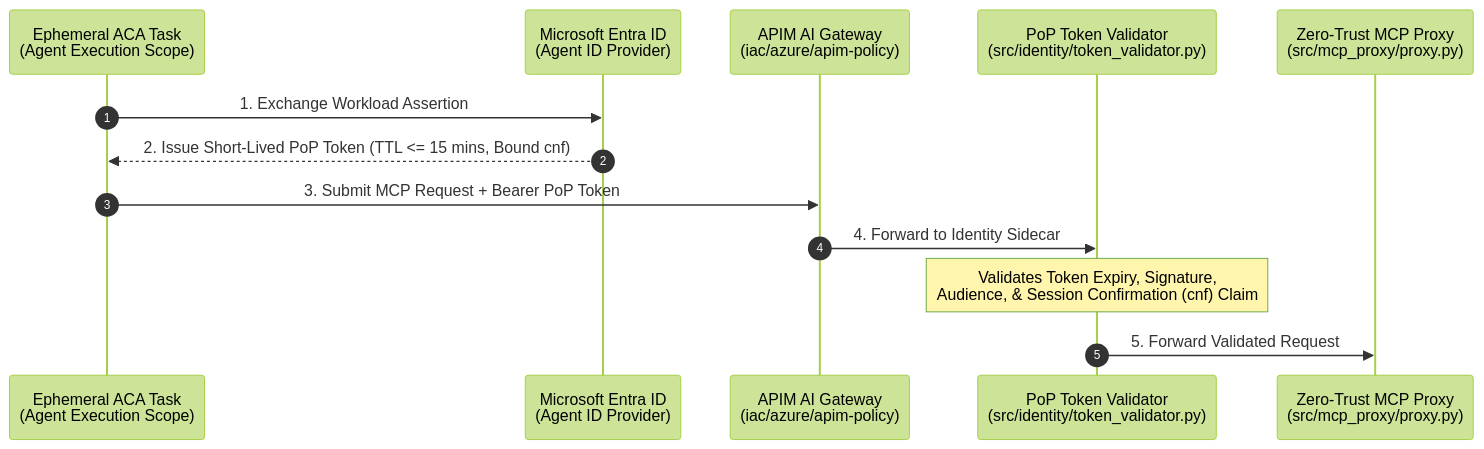
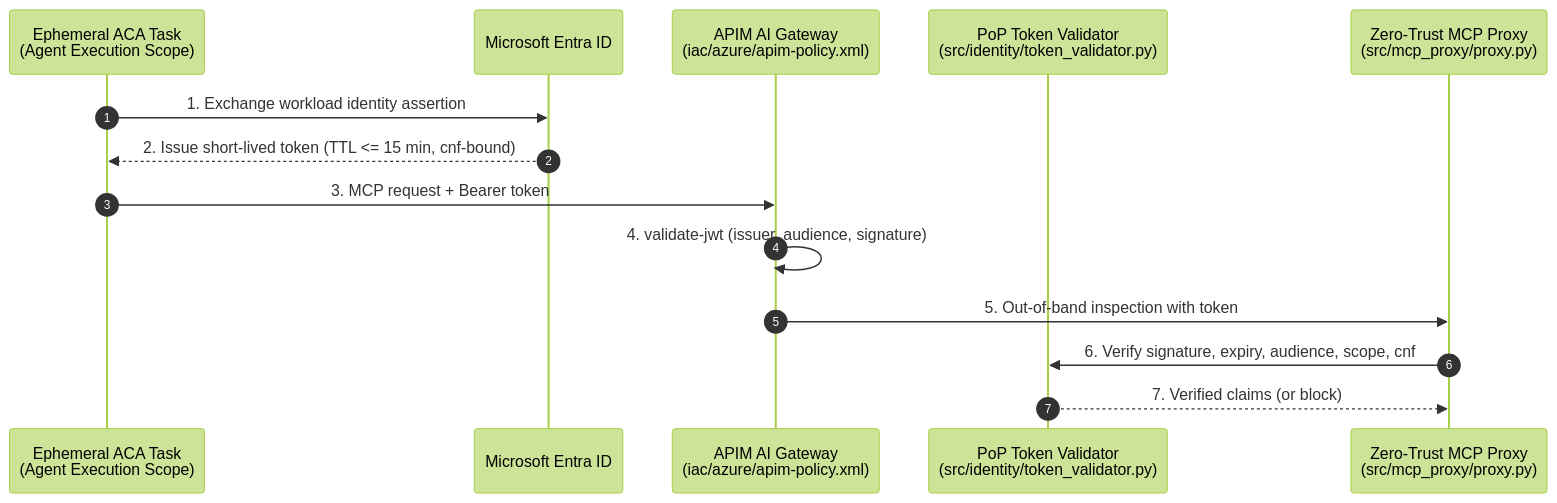
The diagram in docs/identity-architecture.md (jaycehilleng/jaycehilleng.github.io), drawn with Mermaid (forest theme) before and after one commit. The commit also changed other lines of this file and 10 other files, not shown here.

First line of the commit message:
docs: truth pass on gateway, identity, threat, and telemetry artifacts (#5)

````diff
--- a/docs/identity-architecture.md
+++ b/docs/identity-architecture.md
@@ -13,16 +15,17 @@
 ```mermaid
 sequenceDiagram
     autonumber
     participant Agent as Ephemeral ACA Task<br/>(Agent Execution Scope)
-    participant Entra as Microsoft Entra ID<br/>(Agent ID Provider)
-    participant APIM as APIM AI Gateway<br/>(iac/azure/apim-policy)
-    participant Sidecar as PoP Token Validator<br/>(src/identity/token_validator.py)
+    participant Entra as Microsoft Entra ID
+    participant APIM as APIM AI Gateway<br/>(iac/azure/apim-policy.xml)
+    participant Validator as PoP Token Validator<br/>(src/identity/token_validator.py)
     participant Proxy as Zero-Trust MCP Proxy<br/>(src/mcp_proxy/proxy.py)
 
-    Agent->>Entra: 1. Exchange Workload Assertion
-    Entra-->>Agent: 2. Issue Short-Lived PoP Token (TTL <= 15 mins, Bound cnf)
-    Agent->>APIM: 3. Submit MCP Request + Bearer PoP Token
-    APIM->>Sidecar: 4. Forward to Identity Sidecar
-    Note over Sidecar: Validates Token Expiry, Signature,<br/>Audience, & Session Confirmation (cnf) Claim
-    Sidecar->>Proxy: 5. Forward Validated Request
+    Agent->>Entra: 1. Exchange workload identity assertion
+    Entra-->>Agent: 2. Issue short-lived token (TTL <= 15 min, cnf-bound)
+    Agent->>APIM: 3. MCP request + Bearer token
+    APIM->>APIM: 4. validate-jwt (issuer, audience, signature)
+    APIM->>Proxy: 5. Out-of-band inspection with token
+    Proxy->>Validator: 6. Verify signature, expiry, audience, scope, cnf
+    Validator-->>Proxy: 7. Verified claims (or block)
 ```
````
